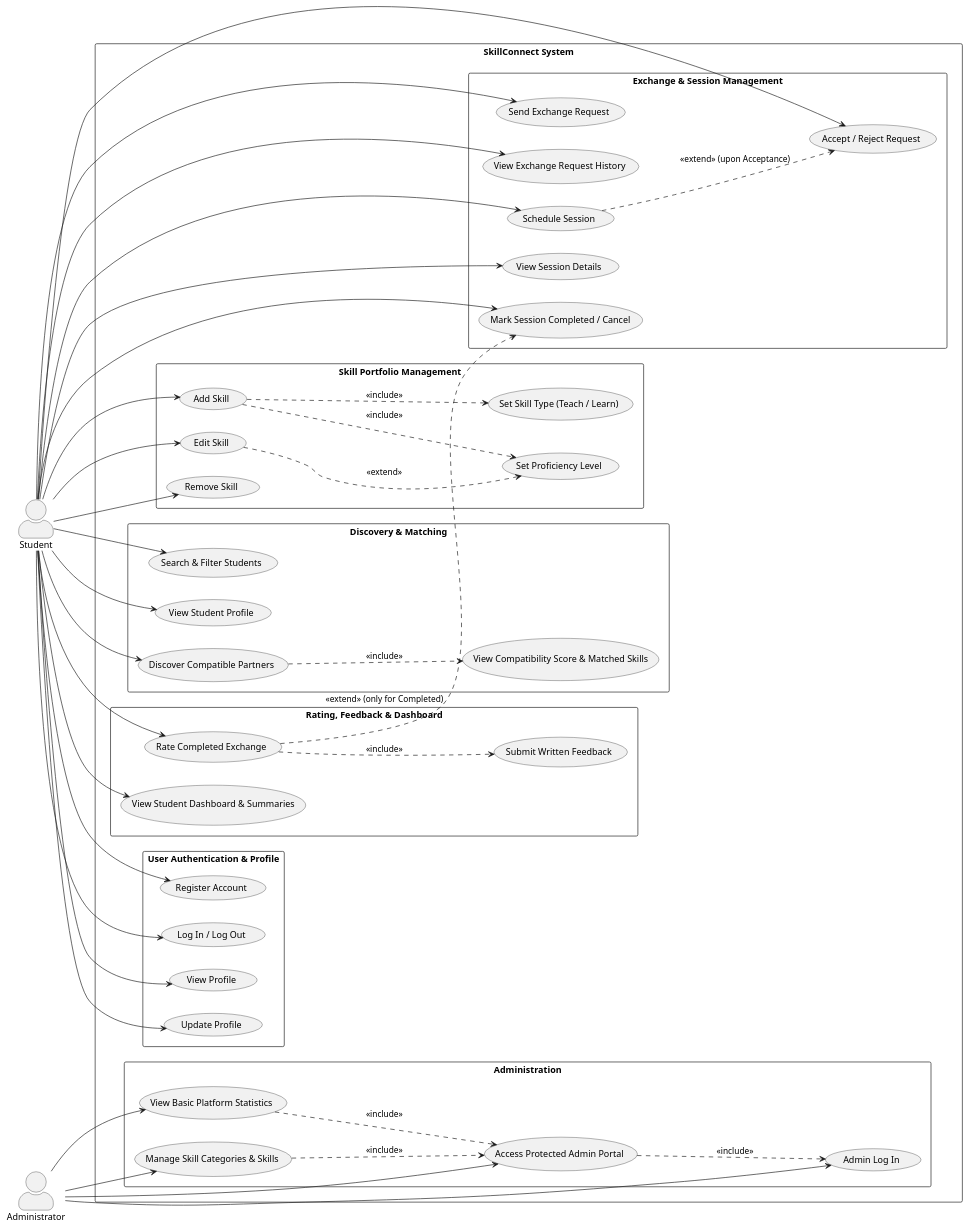
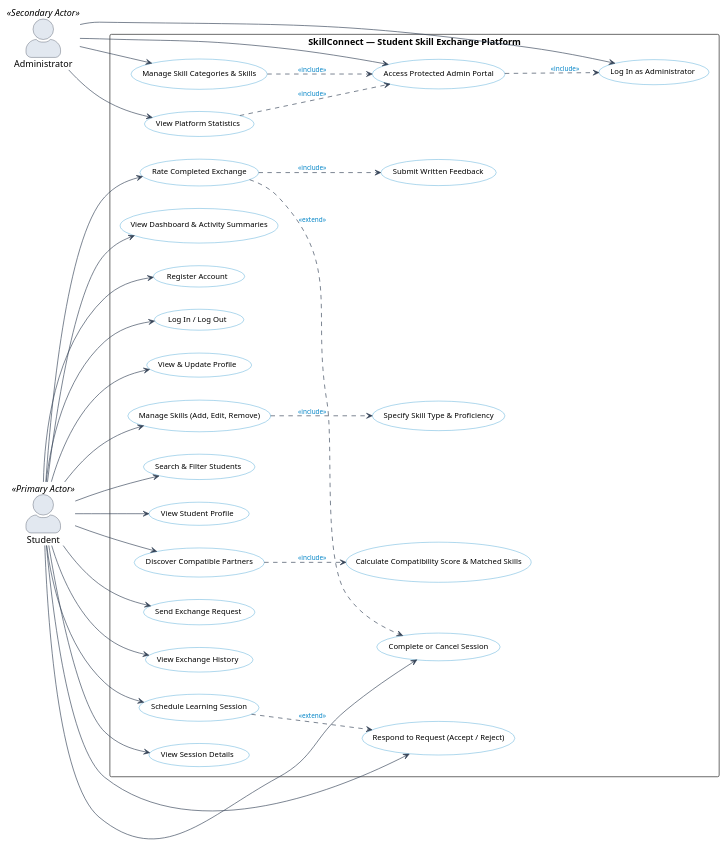
The diagram in docs/use_case_diagram.puml (komalbhalshankar/SkillConnect), drawn with PlantUML before and after one commit. The commit also changed 52 other files, not shown here.

Commit message:
feat(auth,profile): complete Phase 2 database foundation, authentication, and student profile

```diff
--- a/docs/use_case_diagram.puml
+++ b/docs/use_case_diagram.puml
@@ -1,97 +1,103 @@
 @startuml SkillConnect_UseCase_Diagram
 skinparam packageStyle rectangle
 skinparam shadowing false
 skinparam actorStyle awesome
+skinparam usecaseBackgroundColor #FFFFFF
+skinparam usecaseBorderColor #0284C7
+skinparam usecaseFontName Arial
+skinparam usecaseFontSize 12
+skinparam arrowColor #334155
+skinparam arrowFontColor #0284C7
+skinparam arrowFontSize 10
+skinparam actorBorderColor #1E293B
+skinparam actorBackgroundColor #E2E8F0
+
 left to right direction
 
-actor "Student" as student
-actor "Administrator" as admin
+' ==========================================
+' ACTORS DEFINITION
+' ==========================================
+actor "Student" as student <<Primary Actor>>
+actor "Administrator" as admin <<Secondary Actor>>
 
-rectangle "SkillConnect System" as SkillConnect {
-  package "User Authentication & Profile" {
-    usecase "Register Account" as UC_Register
-    usecase "Log In / Log Out" as UC_Login
-    usecase "View Profile" as UC_ViewProfile
-    usecase "Update Profile" as UC_UpdateProfile
-  }
+' ==========================================
+' SYSTEM BOUNDARY
+' ==========================================
+rectangle "SkillConnect — Student Skill Exchange Platform" as SystemBoundary {
 
-  package "Skill Portfolio Management" {
-    usecase "Add Skill" as UC_AddSkill
-    usecase "Edit Skill" as UC_EditSkill
-    usecase "Remove Skill" as UC_RemoveSkill
-    usecase "Set Skill Type (Teach / Learn)" as UC_SetType
-    usecase "Set Proficiency Level" as UC_SetProficiency
-  }
+  ' --- Module 1: User Authentication & Profile ---
+  usecase "Register Account" as UC_Register
+  usecase "Log In / Log Out" as UC_Login
+  usecase "View & Update Profile" as UC_Profile
 
-  package "Discovery & Matching" {
-    usecase "Search & Filter Students" as UC_Search
-    usecase "View Student Profile" as UC_ViewPeerProfile
-    usecase "Discover Compatible Partners" as UC_Discover
-    usecase "View Compatibility Score & Matched Skills" as UC_ViewScore
-  }
+  ' --- Module 2: Skill Management ---
+  usecase "Manage Skills (Add, Edit, Remove)" as UC_ManageSkills
+  usecase "Specify Skill Type & Proficiency" as UC_SkillTypeProf
 
-  package "Exchange & Session Management" {
-    usecase "Send Exchange Request" as UC_SendRequest
-    usecase "Accept / Reject Request" as UC_RespondRequest
-    usecase "View Exchange Request History" as UC_ViewHistory
-    usecase "Schedule Session" as UC_ScheduleSession
-    usecase "View Session Details" as UC_ViewSession
-    usecase "Mark Session Completed / Cancel" as UC_CompleteCancelSession
-  }
+  ' --- Module 3: Skill Discovery & Matching ---
+  usecase "Search & Filter Students" as UC_Search
+  usecase "View Student Profile" as UC_ViewProfile
+  usecase "Discover Compatible Partners" as UC_Discover
+  usecase "Calculate Compatibility Score & Matched Skills" as UC_CalculateScore
 
-  package "Rating, Feedback & Dashboard" {
-    usecase "Rate Completed Exchange" as UC_RateExchange
-    usecase "Submit Written Feedback" as UC_SubmitFeedback
-    usecase "View Student Dashboard & Summaries" as UC_ViewDashboard
-  }
+  ' --- Module 4: Skill Exchange & Session Management ---
+  usecase "Send Exchange Request" as UC_SendRequest
+  usecase "Respond to Request (Accept / Reject)" as UC_RespondRequest
+  usecase "View Exchange History" as UC_History
+  usecase "Schedule Learning Session" as UC_Schedule
+  usecase "View Session Details" as UC_SessionDetails
+  usecase "Complete or Cancel Session" as UC_CompleteSession
 
-  package "Administration" {
-    usecase "Admin Log In" as UC_AdminLogin
-    usecase "Access Protected Admin Portal" as UC_AdminPortal
-    usecase "View Basic Platform Statistics" as UC_AdminStats
-    usecase "Manage Skill Categories & Skills" as UC_ManageCategories
-  }
+  ' --- Module 5: Rating, Feedback & Dashboard ---
+  usecase "Rate Completed Exchange" as UC_Rate
+  usecase "Submit Written Feedback" as UC_Feedback
+  usecase "View Dashboard & Activity Summaries" as UC_Dashboard
+
+  ' --- Administration ---
+  usecase "Log In as Administrator" as UC_AdminLogin
+  usecase "Access Protected Admin Portal" as UC_AdminPortal
+  usecase "View Platform Statistics" as UC_AdminStats
+  usecase "Manage Skill Categories & Skills" as UC_ManageTaxonomy
 }
 
-' Student Relationships
+' ==========================================
+' STUDENT ASSOCIATIONS
+' ==========================================
 student --> UC_Register
 student --> UC_Login
+student --> UC_Profile
+student --> UC_ManageSkills
+student --> UC_Search
 student --> UC_ViewProfile
-student --> UC_UpdateProfile
-
-student --> UC_AddSkill
-student --> UC_EditSkill
-student --> UC_RemoveSkill
-UC_AddSkill ..> UC_SetType : <<include>>
-UC_AddSkill ..> UC_SetProficiency : <<include>>
-UC_EditSkill ..> UC_SetProficiency : <<extend>>
-
-student --> UC_Search
-student --> UC_ViewPeerProfile
 student --> UC_Discover
-UC_Discover ..> UC_ViewScore : <<include>>
-
 student --> UC_SendRequest
 student --> UC_RespondRequest
-student --> UC_ViewHistory
-student --> UC_ScheduleSession
-student --> UC_ViewSession
-student --> UC_CompleteCancelSession
-UC_ScheduleSession ..> UC_RespondRequest : <<extend>> (upon Acceptance)
+student --> UC_History
+student --> UC_Schedule
+student --> UC_SessionDetails
+student --> UC_CompleteSession
+student --> UC_Rate
+student --> UC_Dashboard
 
-student --> UC_RateExchange
-student --> UC_ViewDashboard
-UC_RateExchange ..> UC_SubmitFeedback : <<include>>
-UC_RateExchange ..> UC_CompleteCancelSession : <<extend>> (only for Completed)
+' ==========================================
+' INCLUDE & EXTEND RELATIONSHIPS
+' ==========================================
+UC_ManageSkills ..> UC_SkillTypeProf : <<include>>
+UC_Discover ..> UC_CalculateScore : <<include>>
+UC_Rate ..> UC_Feedback : <<include>>
+UC_Schedule ..> UC_RespondRequest : <<extend>>
+UC_Rate ..> UC_CompleteSession : <<extend>>
 
-' Administrator Relationships
+' ==========================================
+' ADMINISTRATOR ASSOCIATIONS
+' ==========================================
 admin --> UC_AdminLogin
 admin --> UC_AdminPortal
 admin --> UC_AdminStats
-admin --> UC_ManageCategories
+admin --> UC_ManageTaxonomy
 
 UC_AdminPortal ..> UC_AdminLogin : <<include>>
 UC_AdminStats ..> UC_AdminPortal : <<include>>
-UC_ManageCategories ..> UC_AdminPortal : <<include>>
+UC_ManageTaxonomy ..> UC_AdminPortal : <<include>>
 
 @enduml
```
